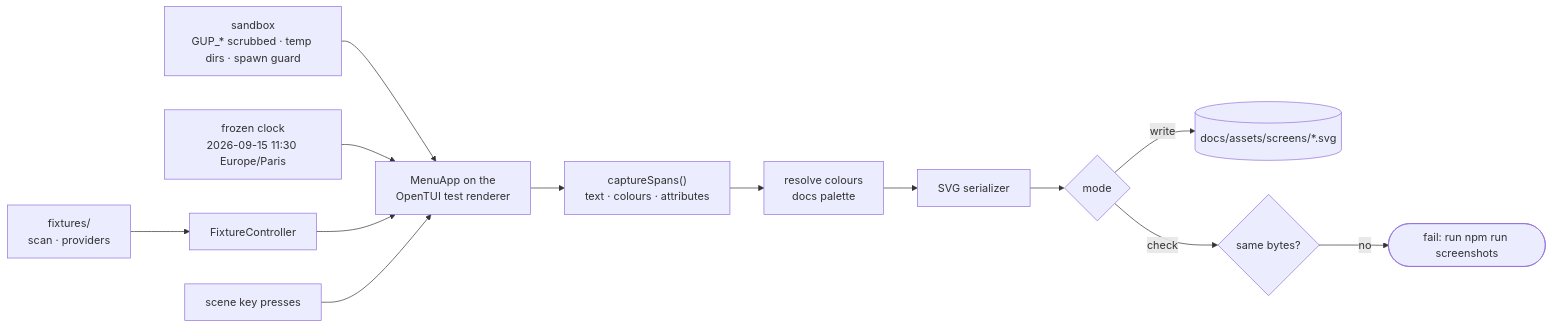
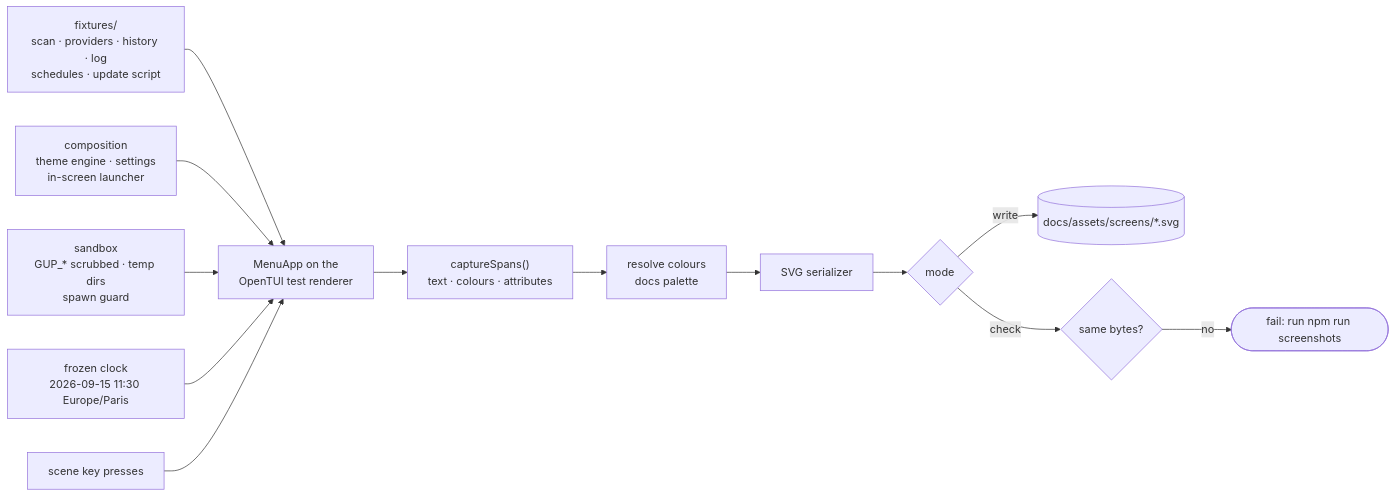
The diagram in docs/development/documentation.md (LINDECKER-Charles/gup), drawn with Mermaid before and after one commit. The commit also changed other lines of this file and 1 other file, not shown here.

First line of the commit message:
docs: document the screenshot scenes, fixtures and report picture

````diff
--- a/docs/development/documentation.md
+++ b/docs/development/documentation.md
@@ -78,15 +79,15 @@
 ```mermaid
 flowchart LR
-    Fx["fixtures/<br/>scan · providers"] --> Ctl[FixtureController]
-    Sbx["sandbox<br/>GUP_* scrubbed · temp dirs · spawn guard"] --> App
+    Fx["fixtures/<br/>scan · providers · history · log<br/>schedules · update script"] --> App
+    Comp["composition<br/>theme engine · settings<br/>in-screen launcher"] --> App
+    Sbx["sandbox<br/>GUP_* scrubbed · temp dirs<br/>spawn guard"] --> App
     Clock["frozen clock<br/>2026-09-15 11:30 Europe/Paris"] --> App
-    Ctl --> App["MenuApp on the<br/>OpenTUI test renderer"]
-    Keys[scene key presses] --> App
+    Keys[scene key presses] --> App["MenuApp on the<br/>OpenTUI test renderer"]
     App --> Spans["captureSpans()<br/>text · colours · attributes"]
     Spans --> Pal["resolve colours<br/>docs palette"]
     Pal --> Svg[SVG serializer]
     Svg --> Mode{mode}
     Mode -->|write| Out[("docs/assets/screens/*.svg")]
     Mode -->|check| Cmp{same bytes?}
     Cmp -->|no| Fail(["fail: run npm run screenshots"])
 ```
````
